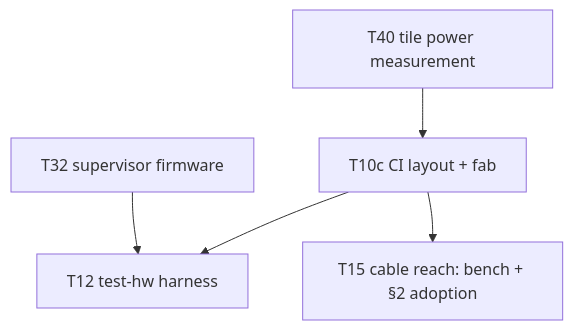
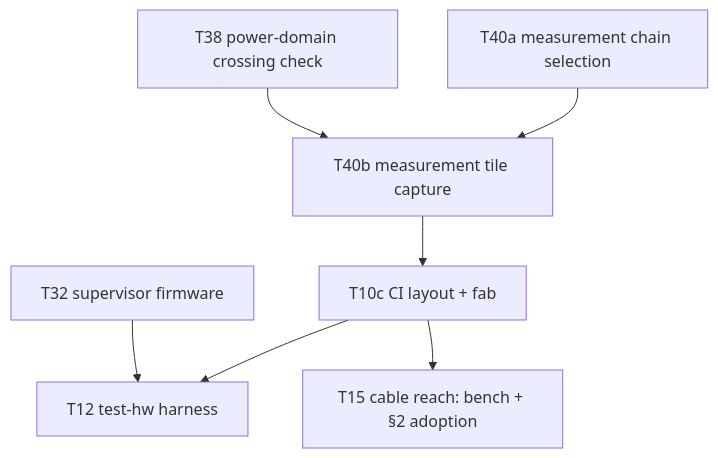
The diagram in KANBAN.md (kristofferkoch/oparroy), drawn with Mermaid before and after one commit. The commit also changed other lines of this file, not shown here.

First line of the commit message:
kanban: split T40 into chain selection + capture, promote T38

````diff
--- a/KANBAN.md
+++ b/KANBAN.md
@@ -34,7 +34,9 @@
 ```mermaid
 graph TD
-    T40[T40 tile power measurement] --> T10c[T10c CI layout + fab]
+    T40a[T40a measurement chain selection] --> T40b[T40b measurement tile capture]
+    T38[T38 power-domain crossing check] --> T40b
+    T40b --> T10c[T10c CI layout + fab]
     T10c --> T12[T12 test-hw harness]
     T10c --> T15[T15 cable reach: bench + §2 adoption]
     T32[T32 supervisor firmware] --> T12
 ```
````
